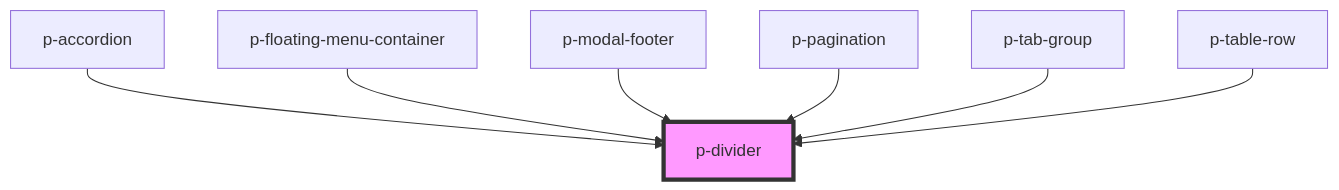
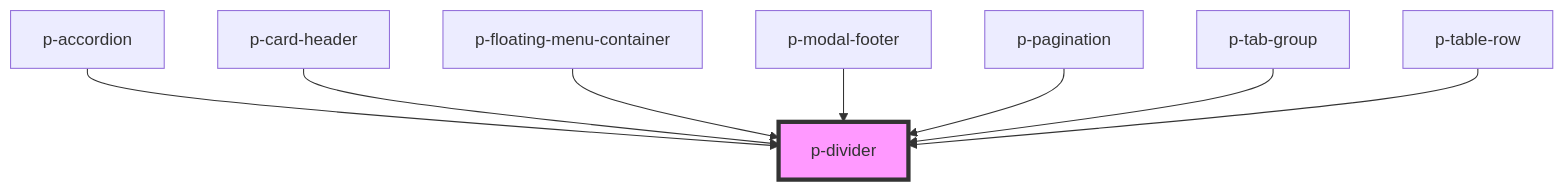
Before and after one commit to Employes/Paperless: the diagram in packages/core/src/components/atoms/divider/readme.md, drawn with Mermaid. The commit also changed other lines of this file and 35 other files, not shown here.

Commit message:
feat(atoms/card/header, body & container): Rebranding implementation

````diff
--- a/packages/core/src/components/atoms/divider/readme.md
+++ b/packages/core/src/components/atoms/divider/readme.md
@@ -27,10 +28,11 @@
 ```mermaid
 graph TD;
   p-accordion --> p-divider
+  p-card-header --> p-divider
   p-floating-menu-container --> p-divider
   p-modal-footer --> p-divider
   p-pagination --> p-divider
   p-tab-group --> p-divider
   p-table-row --> p-divider
   style p-divider fill:#f9f,stroke:#333,stroke-width:4px
 ```
````
